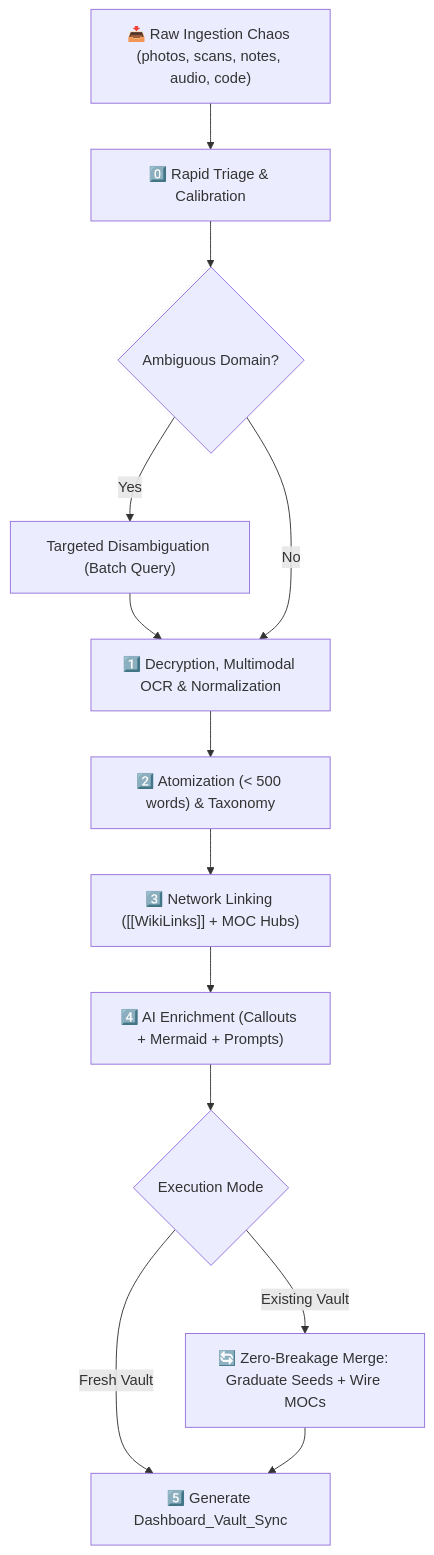
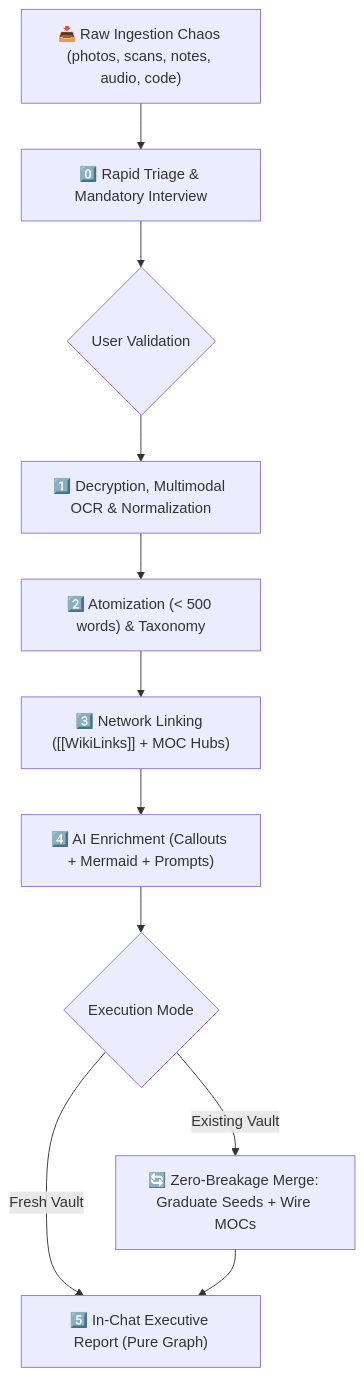
Before and after one commit to vnkdevelop/knowledge-brain: the diagram in README.md, drawn with Mermaid. The commit also changed other lines of this file and 2 other files, not shown here.

Commit message:
feat: enforce mandatory interactive calibration and pure graph policy

````diff
--- a/README.md
+++ b/README.md
@@ -55,15 +56,14 @@
 ```mermaid
 flowchart TD
-    Chaos["📥 Raw Ingestion Chaos (photos, scans, notes, audio, code)"] --> Stage0["0️⃣ Rapid Triage & Calibration"]
-    Stage0 --> Disambig{"Ambiguous Domain?"}
-    Disambig -- Yes --> Clarify["Targeted Disambiguation (Batch Query)"] --> Stage1
-    Disambig -- No --> Stage1["1️⃣ Decryption, Multimodal OCR & Normalization"]
+    Chaos["📥 Raw Ingestion Chaos (photos, scans, notes, audio, code)"] --> Stage0["0️⃣ Rapid Triage & Mandatory Interview"]
+    Stage0 --> UserConfirm{"User Validation"}
+    UserConfirm --> Stage1["1️⃣ Decryption, Multimodal OCR & Normalization"]
     
     Stage1 --> Stage2["2️⃣ Atomization (< 500 words) & Taxonomy"]
     Stage2 --> Stage3["3️⃣ Network Linking ([[WikiLinks]] + MOC Hubs)"]
     Stage3 --> Stage4["4️⃣ AI Enrichment (Callouts + Mermaid + Prompts)"]
     
     Stage4 --> Mode{"Execution Mode"}
-    Mode -- Fresh Vault --> Stage5["5️⃣ Generate Dashboard_Vault_Sync"]
+    Mode -- Fresh Vault --> Stage5["5️⃣ In-Chat Executive Report (Pure Graph)"]
     Mode -- Existing Vault --> Incremental["🔄 Zero-Breakage Merge: Graduate Seeds + Wire MOCs"] --> Stage5
 ```
````
